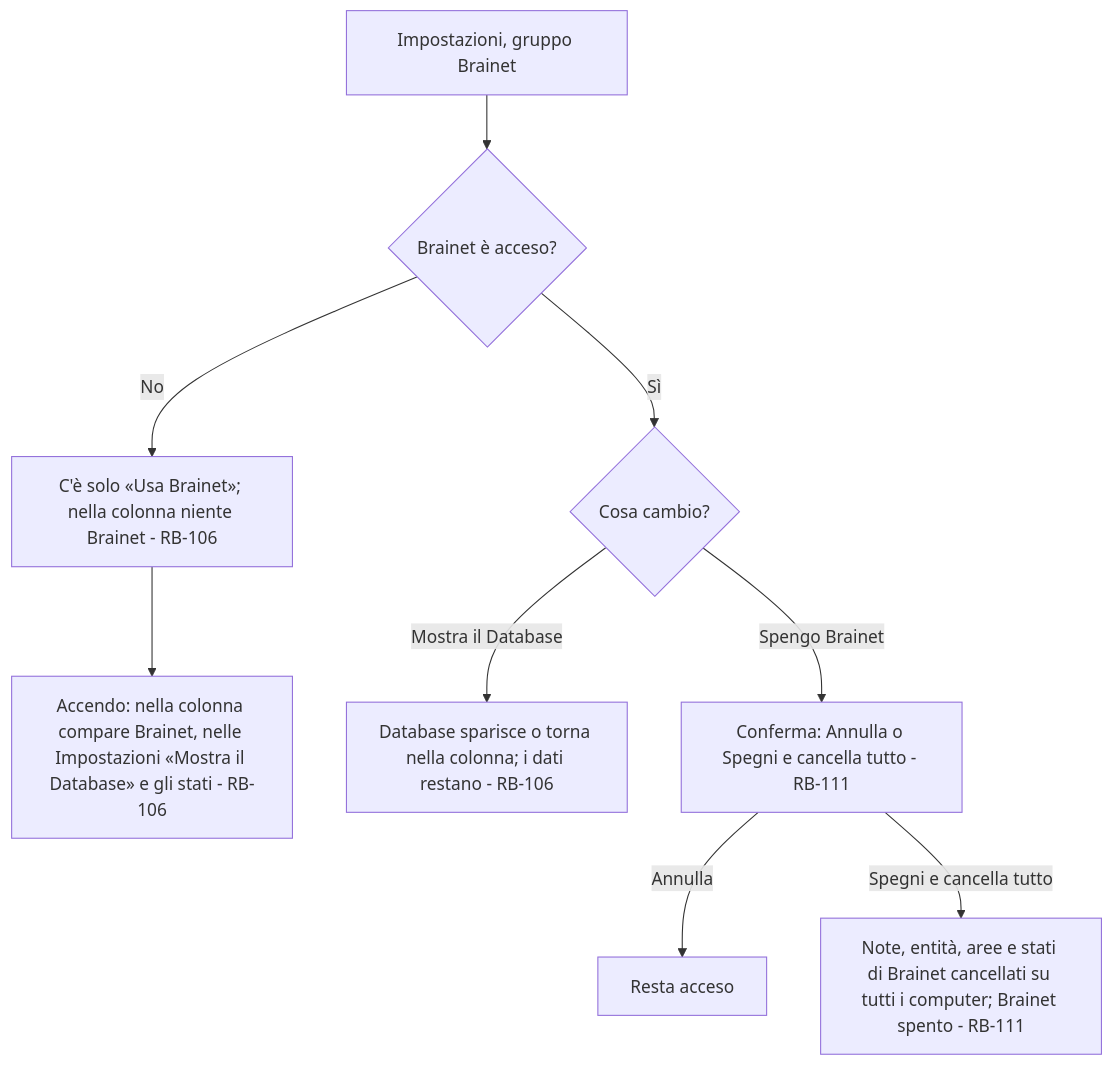
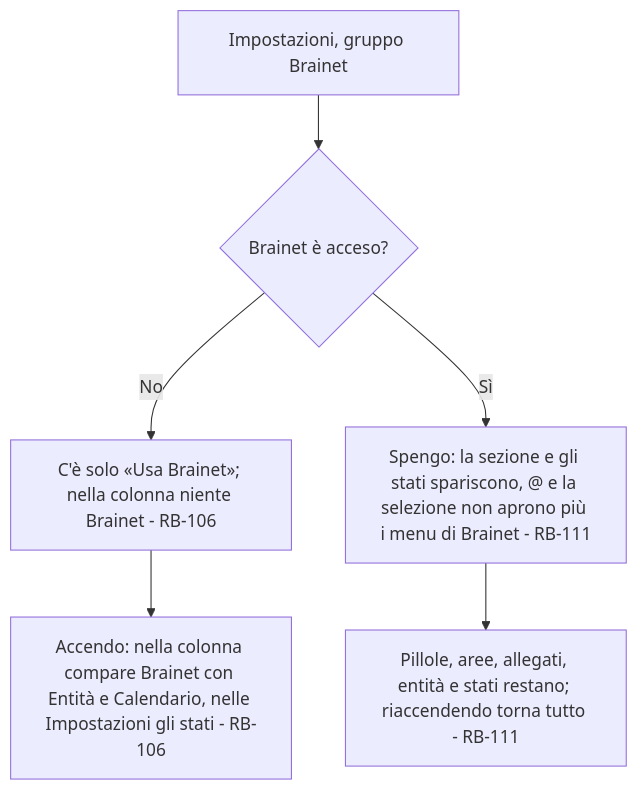
The fifth of 11 diagrams in docs/moduli/net/2-flussi.md (Helmutsti/MemoDu), drawn with Mermaid before and after one commit. The commit also changed other lines of this file and 84 other files, not shown here.

````diff
--- a/docs/moduli/net/2-flussi.md
+++ b/docs/moduli/net/2-flussi.md
@@ -130,11 +131,8 @@
 ```mermaid
 flowchart TD
     A[Impostazioni, gruppo Brainet] --> B{Brainet è acceso?}
     B -- No --> C[C'è solo «Usa Brainet»; nella colonna niente Brainet - RB-106]
-    C --> D[Accendo: nella colonna compare Brainet, nelle Impostazioni «Mostra il Database» e gli stati - RB-106]
-    B -- Sì --> E{Cosa cambio?}
-    E -- Mostra il Database --> F[Database sparisce o torna nella colonna; i dati restano - RB-106]
-    E -- Spengo Brainet --> G[Conferma: Annulla o Spegni e cancella tutto - RB-111]
-    G -- Annulla --> H[Resta acceso]
-    G -- Spegni e cancella tutto --> I[Note, entità, aree e stati di Brainet cancellati su tutti i computer; Brainet spento - RB-111]
+    C --> D[Accendo: nella colonna compare Brainet con Entità e Calendario, nelle Impostazioni gli stati - RB-106]
+    B -- Sì --> E[Spengo: la sezione e gli stati spariscono, @ e la selezione non aprono più i menu di Brainet - RB-111]
+    E --> F[Pillole, aree, allegati, entità e stati restano; riaccendendo torna tutto - RB-111]
 ```
````
